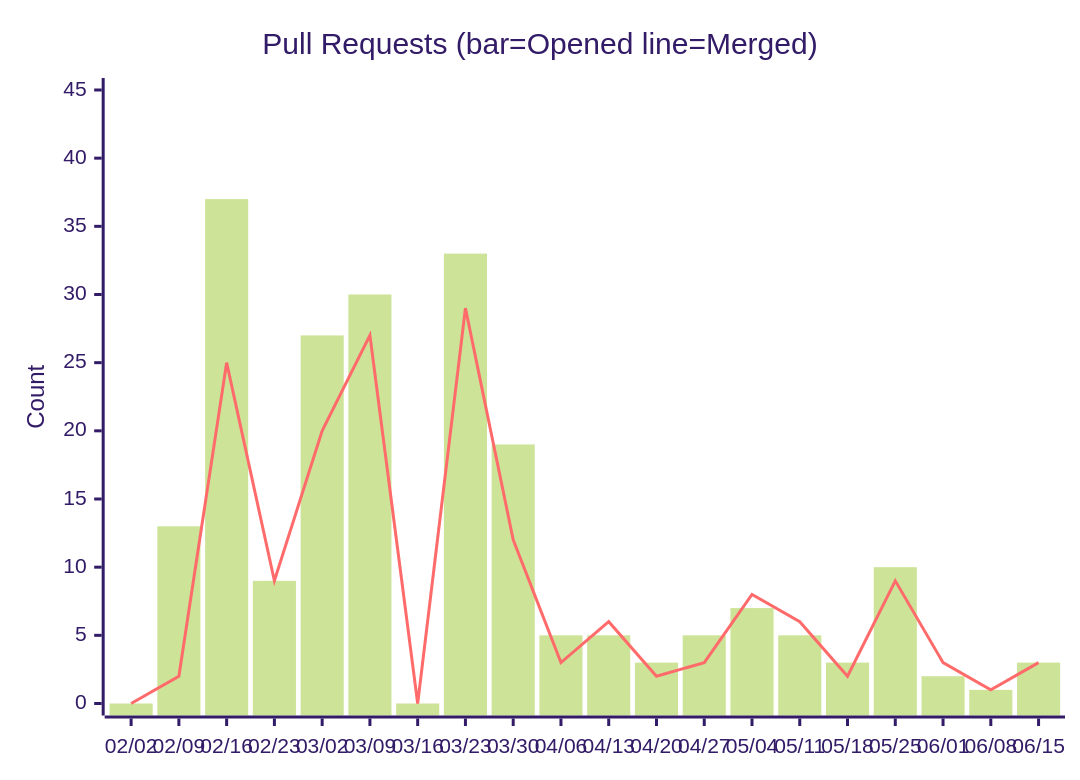
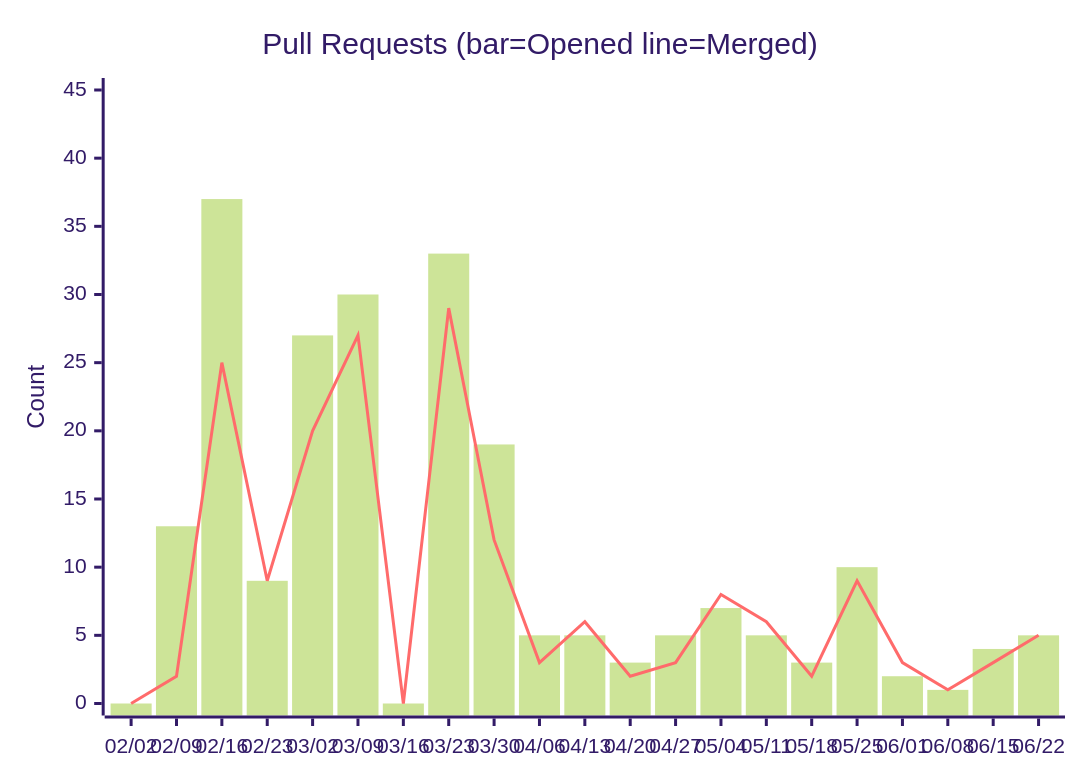
One commit to nablarch/nabledge-dev changed the sixth of 14 diagrams in docs/metrics.md. Above: the diagram before and after it, drawn with Mermaid (forest theme). The commit also changed other lines of this file and 2 other files, not shown here.

````diff
--- a/docs/metrics.md
+++ b/docs/metrics.md
@@ -100,8 +100,8 @@
 ```mermaid
 xychart-beta
   title "Pull Requests (bar=Opened  line=Merged)"
-  x-axis ["02/02", "02/09", "02/16", "02/23", "03/02", "03/09", "03/16", "03/23", "03/30", "04/06", "04/13", "04/20", "04/27", "05/04", "05/11", "05/18", "05/25", "06/01", "06/08", "06/15"]
+  x-axis ["02/02", "02/09", "02/16", "02/23", "03/02", "03/09", "03/16", "03/23", "03/30", "04/06", "04/13", "04/20", "04/27", "05/04", "05/11", "05/18", "05/25", "06/01", "06/08", "06/15", "06/22"]
   y-axis "Count" 0 --> 45
-  bar [0, 13, 37, 9, 27, 30, 0, 33, 19, 5, 5, 3, 5, 7, 5, 3, 10, 2, 1, 3]
-  line [0, 2, 25, 9, 20, 27, 0, 29, 12, 3, 6, 2, 3, 8, 6, 2, 9, 3, 1, 3]
+  bar [0, 13, 37, 9, 27, 30, 0, 33, 19, 5, 5, 3, 5, 7, 5, 3, 10, 2, 1, 4, 5]
+  line [0, 2, 25, 9, 20, 27, 0, 29, 12, 3, 6, 2, 3, 8, 6, 2, 9, 3, 1, 3, 5]
 ```
````
